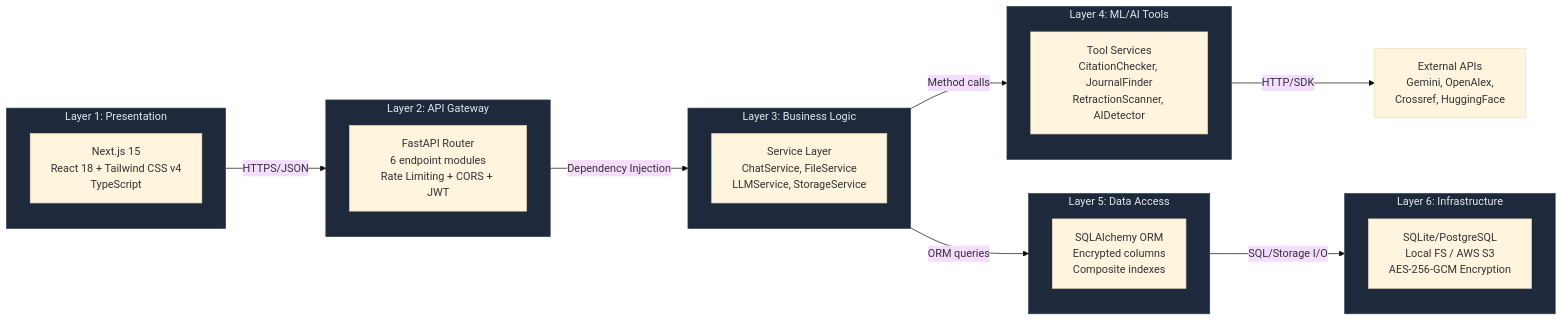
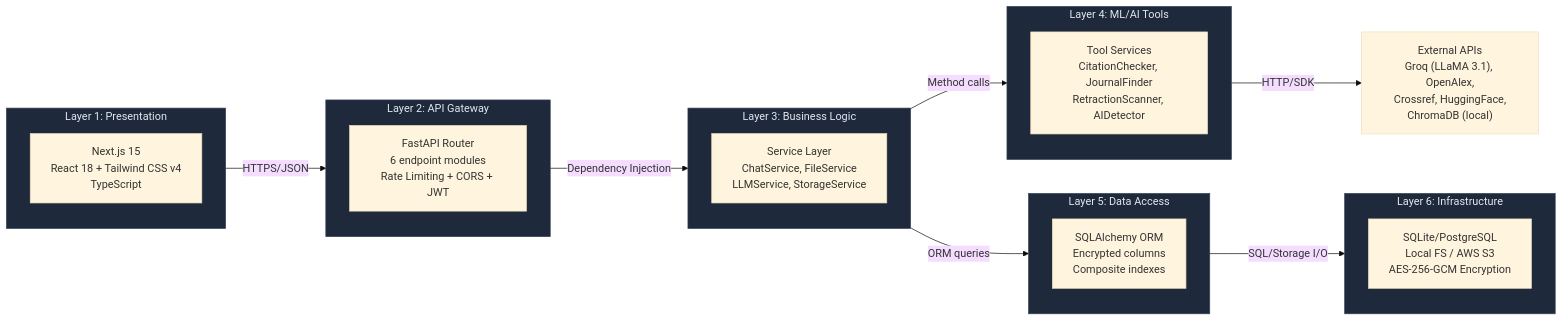
One commit to Nhan-Laptop/NT208.Q21.ANTN changed the second of 29 diagrams in architecture.md. Above: the diagram before and after it, drawn with Mermaid (base theme). The commit also changed other lines of this file and 16 other files, not shown here.

First line of the commit message:
docs: update architecture, README, CLAUDE.md — Groq + ChromaDB migration (Session 17)

````diff
--- a/architecture.md
+++ b/architecture.md
@@ -149,36 +159,36 @@
 ```mermaid
 graph LR
     subgraph L1["Layer 1: Presentation"]
         FE["Next.js 15<br/>React 18 + Tailwind CSS v4<br/>TypeScript"]
     end
 
     subgraph L2["Layer 2: API Gateway"]
         GW["FastAPI Router<br/>6 endpoint modules<br/>Rate Limiting + CORS + JWT"]
     end
 
     subgraph L3["Layer 3: Business Logic"]
         BL["Service Layer<br/>ChatService, FileService<br/>LLMService, StorageService"]
     end
 
     subgraph L4["Layer 4: ML/AI Tools"]
         ML["Tool Services<br/>CitationChecker, JournalFinder<br/>RetractionScanner, AIDetector"]
     end
 
     subgraph L5["Layer 5: Data Access"]
         DA["SQLAlchemy ORM<br/>Encrypted columns<br/>Composite indexes"]
     end
 
     subgraph L6["Layer 6: Infrastructure"]
         INFRA["SQLite/PostgreSQL<br/>Local FS / AWS S3<br/>AES-256-GCM Encryption"]
     end
 
     L1 -->|"HTTPS/JSON"| L2
     L2 -->|"Dependency Injection"| L3
     L3 -->|"Method calls"| L4
     L3 -->|"ORM queries"| L5
     L5 -->|"SQL/Storage I/O"| L6
-    L4 -->|"HTTP/SDK"| EXT["External APIs<br/>Gemini, OpenAlex,<br/>Crossref, HuggingFace"]
+    L4 -->|"HTTP/SDK"| EXT["External APIs<br/>Groq (LLaMA 3.1), OpenAlex,<br/>Crossref, HuggingFace,<br/>ChromaDB (local)"]
 
     classDef layer fill:#1e293b,color:#e2e8f0,stroke:#334155
     class L1,L2,L3,L4,L5,L6 layer
 ```
````
